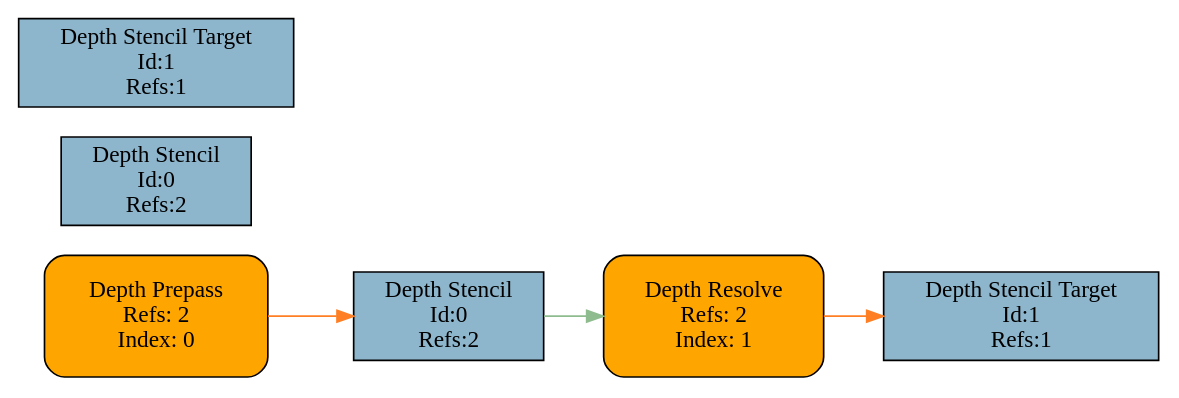
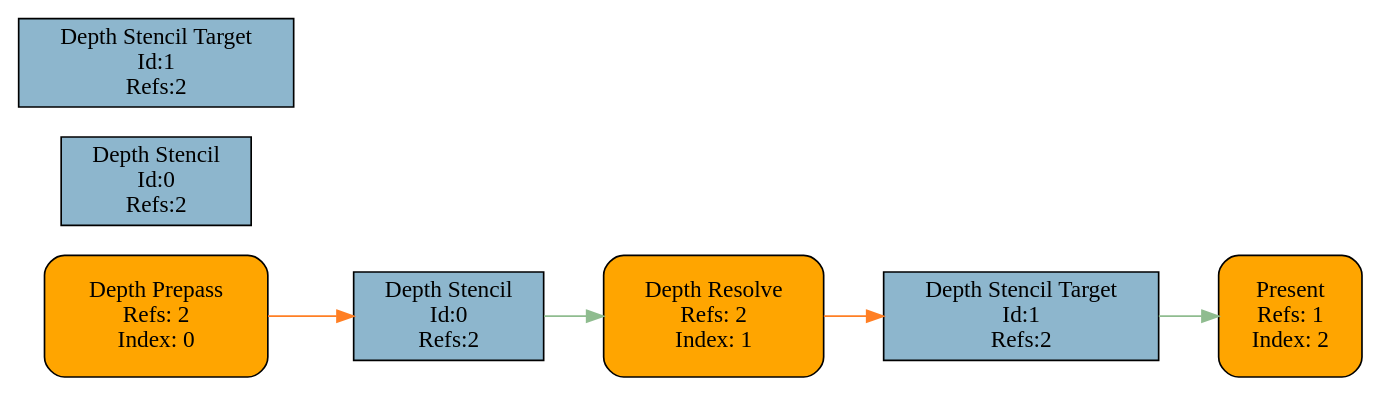
One commit to feixus/StudyNotes changed the diagram in DX12/D3D12Research/D3D12/graph.gv. Above: the diagram before and after it, drawn with Graphviz. The commit also changed 8 other files, not shown here.

```diff
--- a/DX12/D3D12Research/D3D12/graph.gv
+++ b/DX12/D3D12Research/D3D12/graph.gv
@@ -1,30 +1,34 @@
 digraph RenderGraph {
 rankdir = LR
 Pass0 [shape=rectangle, style="filled, rounded", margin=0.2, fillcolor = orange, label = "Depth Prepass
 Refs: 2
 Index: 0"]
 Pass1 [shape=rectangle, style="filled, rounded", margin=0.2, fillcolor = orange, label = "Depth Resolve
 Refs: 2
 Index: 1"]
+Pass2 [shape=rectangle, style="filled, rounded", margin=0.2, fillcolor = orange, label = "Present
+Refs: 1
+Index: 2"]
 Resource0_0 [shape=rectangle, style=filled, fillcolor = lightskyblue3, label = "Depth Stencil
 Id:0
 Refs:2"]
 Resource1_0 [shape=rectangle, style=filled, fillcolor = lightskyblue3, label = "Depth Stencil Target
 Id:1
-Refs:1"]
+Refs:2"]
 Resource0_1 [shape=rectangle, style=filled, fillcolor = lightskyblue3, label = "Depth Stencil
 Id:0
 Refs:2"]
 Resource1_1 [shape=rectangle, style=filled, fillcolor = lightskyblue3, label = "Depth Stencil Target
 Id:1
-Refs:1"]
+Refs:2"]
 Pass0 -> Resource0_1[color=chocolate1]
 Pass1 -> Resource1_1[color=chocolate1]
 
 Resource0_0 -> {
 } [color=darkseagreen]Resource1_0 -> {
 } [color=darkseagreen]Resource0_1 -> {
 Pass1
 } [color=darkseagreen]Resource1_1 -> {
+Pass2
 } [color=darkseagreen]
 }
```
